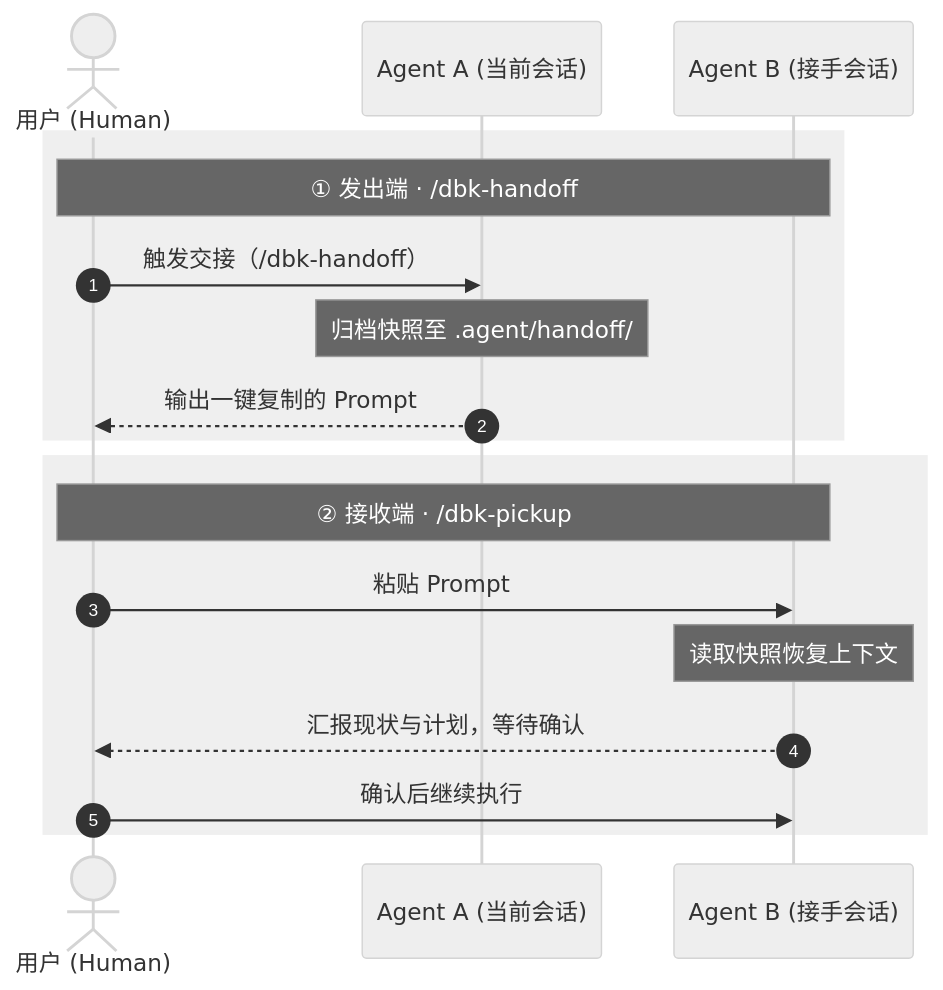
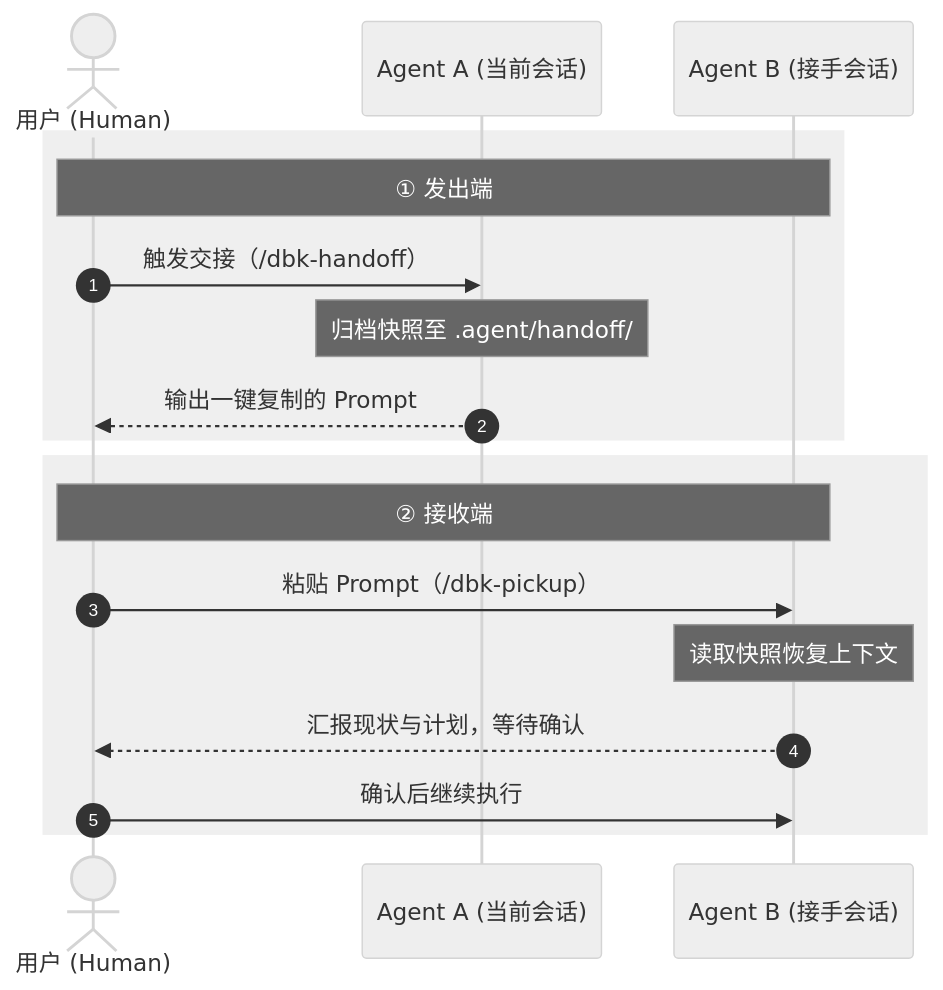
One commit to DBinK/dbk-handoff changed the diagram in README.md. Above: the diagram before and after it, drawn with Mermaid (neutral theme). The commit also changed other lines of this file, not shown here.

Commit message:
docs: 调整 README 时序图标注，将交接命令移入消息箭头

````diff
--- a/README.md
+++ b/README.md
@@ -21,22 +21,22 @@
 ```mermaid
 sequenceDiagram
     autonumber
     actor User as 用户 (Human)
     participant AgentA as Agent A (当前会话)
     participant AgentB as Agent B (接手会话)
 
     rect rgba(127, 127, 127, 0.12)
-        Note over User,AgentB: ① 发出端 · /dbk-handoff
+        Note over User,AgentB: ① 发出端
         User->>AgentA: 触发交接（/dbk-handoff）
         Note over AgentA: 归档快照至 .agent/handoff/
         AgentA-->>User: 输出一键复制的 Prompt
     end
 
     rect rgba(127, 127, 127, 0.12)
-        Note over User,AgentB: ② 接收端 · /dbk-pickup
-        User->>AgentB: 粘贴 Prompt
+        Note over User,AgentB: ② 接收端
+        User->>AgentB: 粘贴 Prompt（/dbk-pickup）
         Note over AgentB: 读取快照恢复上下文
         AgentB-->>User: 汇报现状与计划，等待确认
         User->>AgentB: 确认后继续执行
     end
 ```
````
